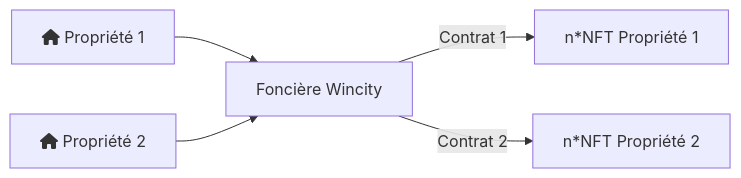
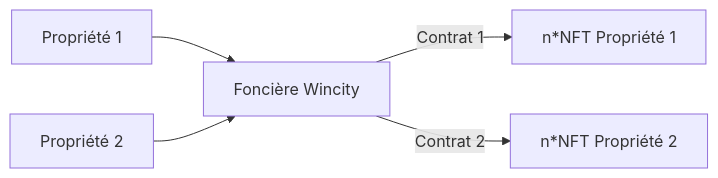
The diagram in _posts/2022-10-26-Wincity.markdown (minus78/minus78.github.io), drawn with Mermaid before and after one commit. The commit also changed 4 other files, not shown here.

````diff
--- a/_posts/2022-10-26-Wincity.markdown
+++ b/_posts/2022-10-26-Wincity.markdown
@@ -49,9 +49,9 @@
 ```mermaid
 flowchart LR
-    A1[fa:fa-home Propriété 1]-->
+    A1[Propriété 1]-->
     B[Foncière Wincity] -- Contrat 1 -->
     C[n*NFT Propriété 1]
 
-    A2[fa:fa-home Propriété 2] --> B
+    A2[Propriété 2] --> B
     B -- Contrat 2 --> D[n*NFT Propriété 2]
 ```
````
